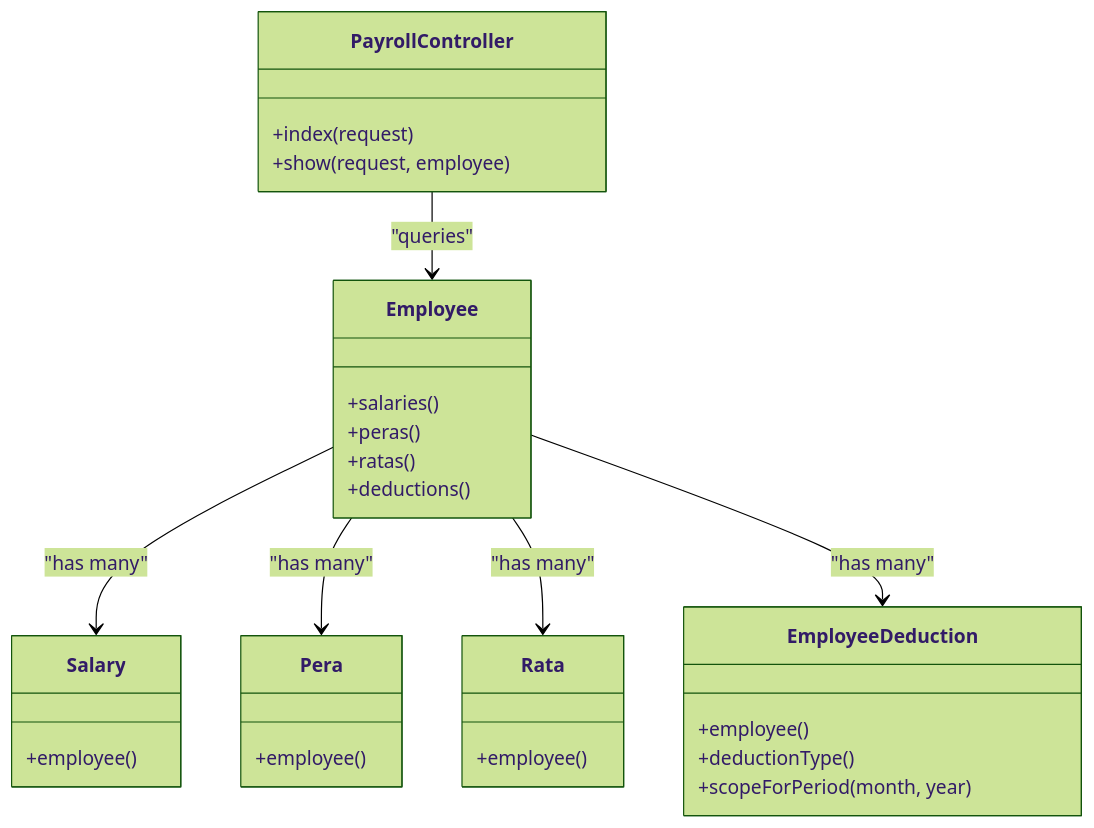
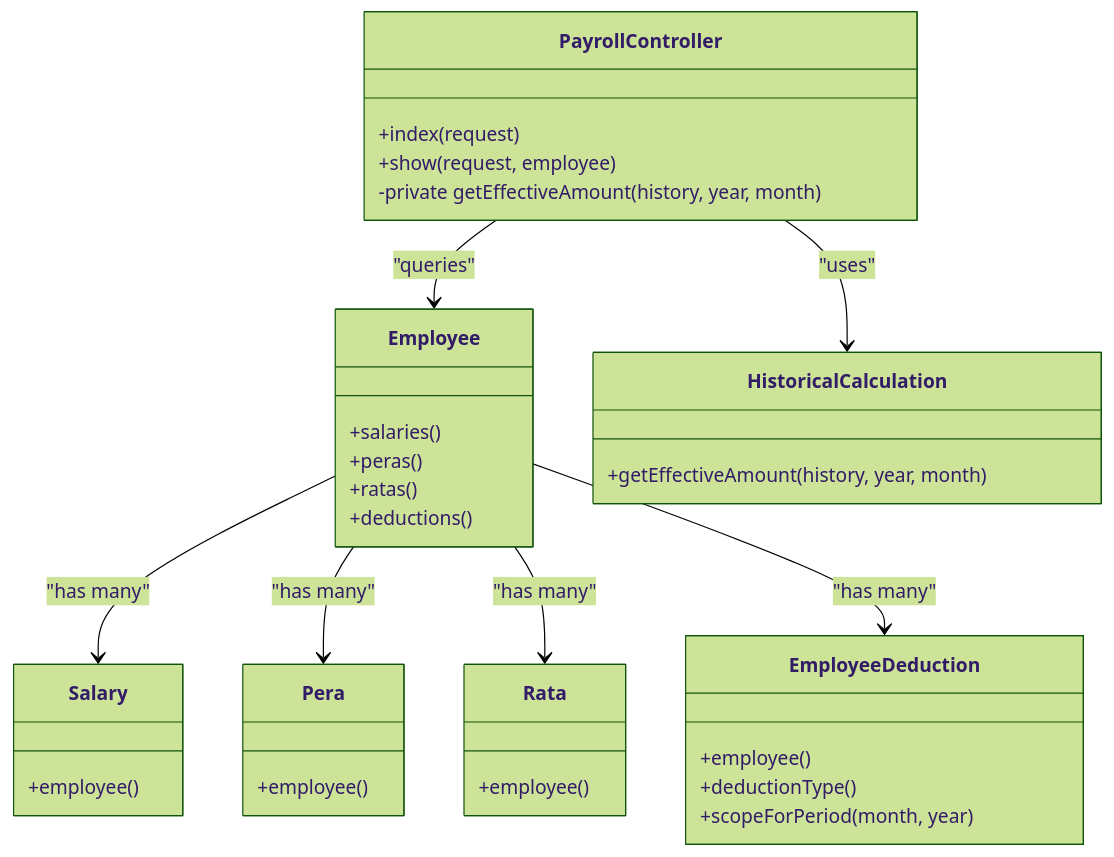
One commit to vincet0t15/template changed the fifth of 12 diagrams in .qoder/repowiki/en/content/Payroll System/Payroll Reports & Analytics.md. Above: the diagram before and after it, drawn with Mermaid (forest theme). The commit also changed other lines of this file and 11 other files, not shown here.

````diff
--- a/.qoder/repowiki/en/content/Payroll System/Payroll Reports & Analytics.md
+++ b/.qoder/repowiki/en/content/Payroll System/Payroll Reports & Analytics.md
@@ -195,32 +226,37 @@
 ```mermaid
 classDiagram
 class PayrollController {
 +index(request)
 +show(request, employee)
+-private getEffectiveAmount(history, year, month)
 }
 class Employee {
 +salaries()
 +peras()
 +ratas()
 +deductions()
 }
 class Salary {
 +employee()
 }
 class Pera {
 +employee()
 }
 class Rata {
 +employee()
 }
 class EmployeeDeduction {
 +employee()
 +deductionType()
 +scopeForPeriod(month, year)
 }
+class HistoricalCalculation {
++getEffectiveAmount(history, year, month)
+}
 PayrollController --> Employee : "queries"
+PayrollController --> HistoricalCalculation : "uses"
 Employee --> Salary : "has many"
 Employee --> Pera : "has many"
 Employee --> Rata : "has many"
 Employee --> EmployeeDeduction : "has many"
 ```
````
